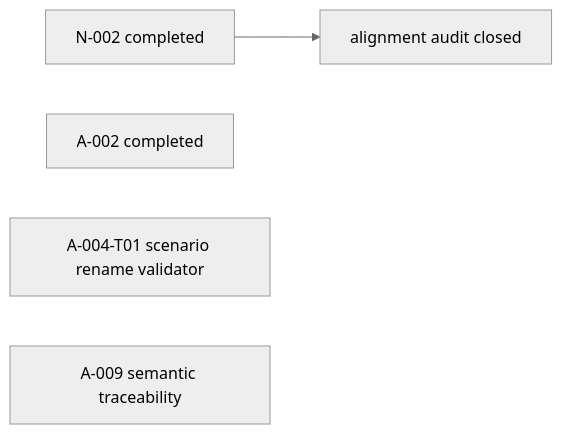
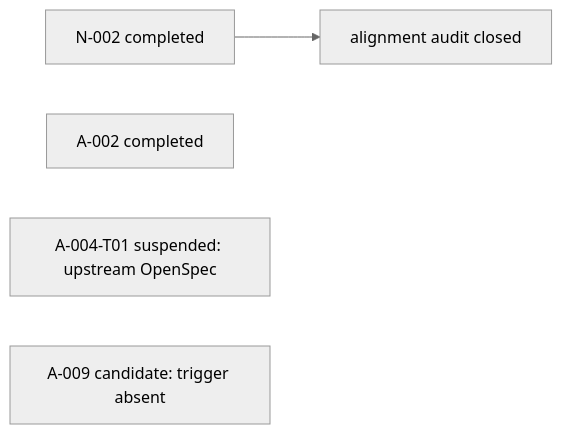
The diagram in _backlog/todos/README.md (ethan-jiang-1/ai_deerflow_deep_research_v2), drawn with Mermaid (neutral theme) before and after one commit. The commit also changed other lines of this file and 8 other files, not shown here.

Commit message:
docs(backlog): suspend external scenario rename residue

````diff
--- a/_backlog/todos/README.md
+++ b/_backlog/todos/README.md
@@ -38,7 +42,7 @@
 ```mermaid
 flowchart LR
   N002["N-002 completed"] --> Close["alignment audit closed"]
   A002["A-002 completed"]
-  T01["A-004-T01 scenario rename validator"]
-  A009["A-009 semantic traceability"]
+  T01["A-004-T01 suspended: upstream OpenSpec"]
+  A009["A-009 candidate: trigger absent"]
 ```
````
